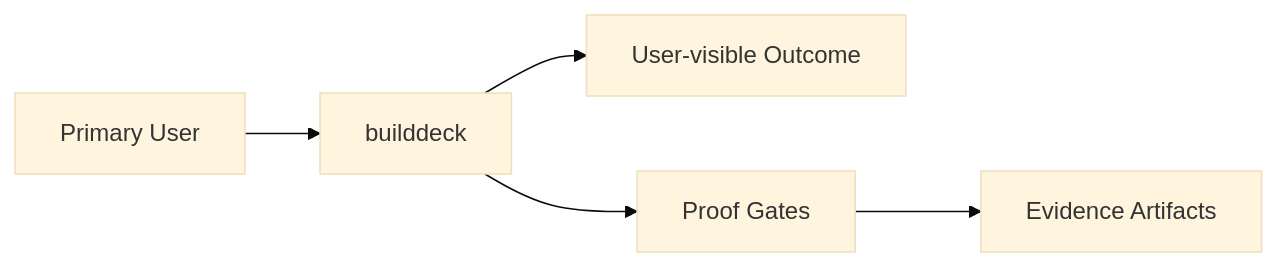
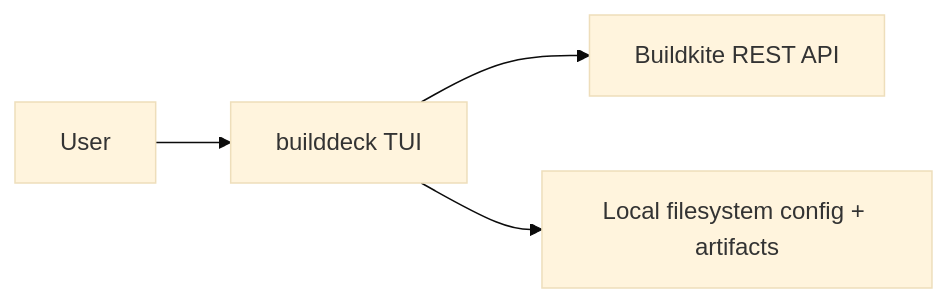
The diagram in .decapod/generated/specs/INTENT.md (alexhraber/builddeck), drawn with Mermaid (base theme) before and after one commit. The commit also changed other lines of this file and 7 other files, not shown here.

````diff
--- a/.decapod/generated/specs/INTENT.md
+++ b/.decapod/generated/specs/INTENT.md
@@ -15,7 +17,6 @@
 ```mermaid
 flowchart LR
-  U[Primary User] --> P[builddeck]
-  P --> O[User-visible Outcome]
-  P --> G[Proof Gates]
-  G --> E[Evidence Artifacts]
+  U[User] --> P[builddeck TUI]
+  P --> BK[Buildkite REST API]
+  P --> FS[Local filesystem config + artifacts]
 ```
````
